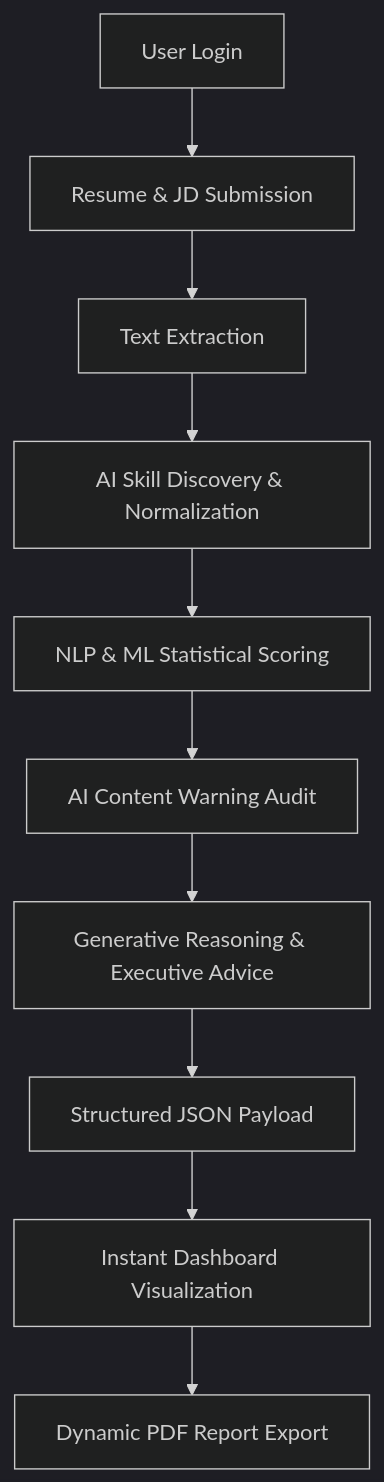
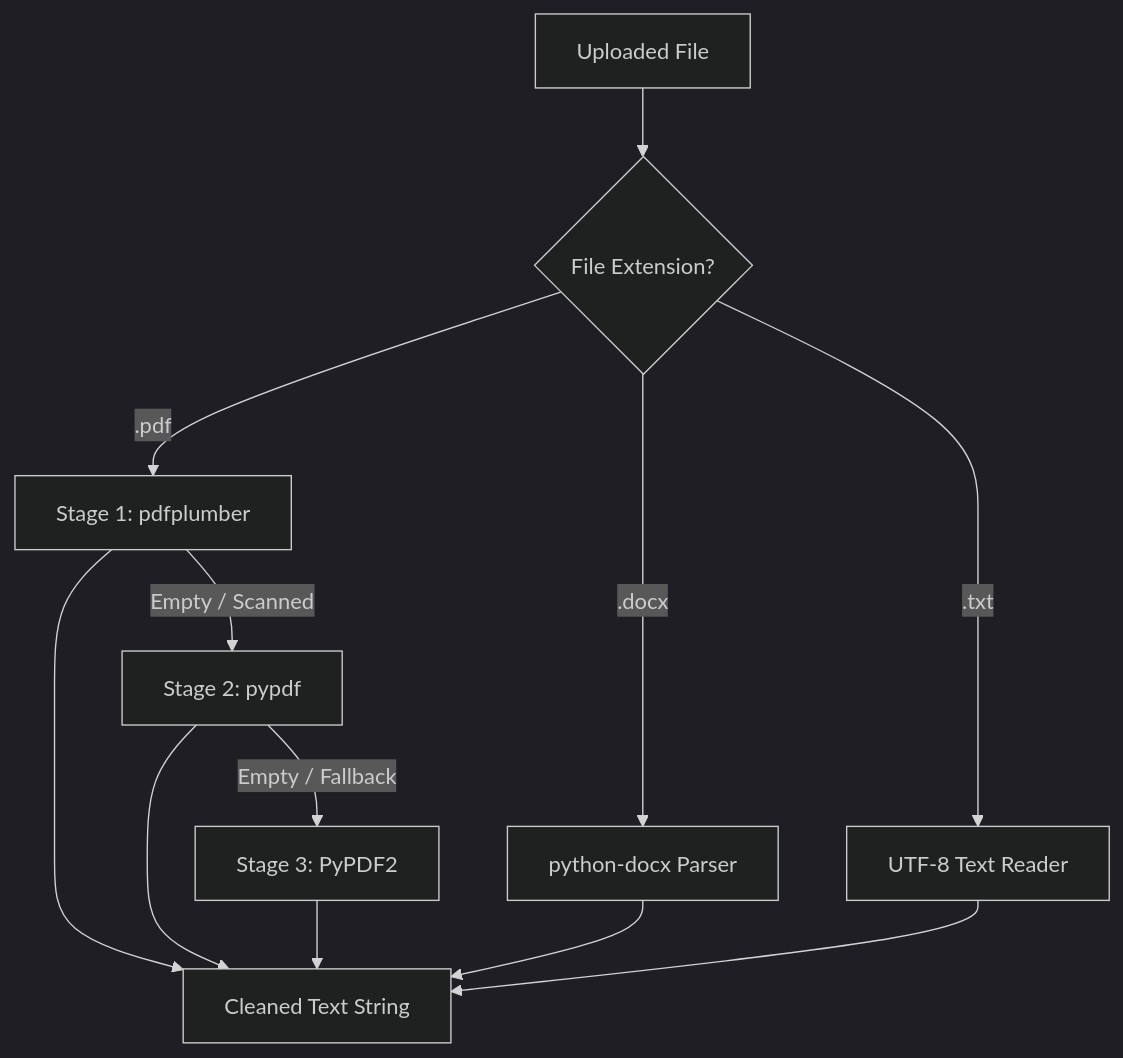
One commit to Kaifkhan1212/ResumeXAI2.0 changed the first of 2 diagrams in WORKFLOW.md. Above: the diagram before and after it, drawn with Mermaid (dark theme). The commit also changed other lines of this file and 12 other files, not shown here.

Commit message:
fix(pipeline): optimize LLM model to gpt-oss-20b, add 429 retry layer, multi-stage PDF parsing, and update docs

````diff
--- a/WORKFLOW.md
+++ b/WORKFLOW.md
@@ -96,12 +36,10 @@
 ```mermaid
-graph TD
-    A[User Login] --> B[Resume & JD Submission]
-    B --> C[Text Extraction]
-    C --> D[AI Skill Discovery & Normalization]
-    D --> E[NLP & ML Statistical Scoring]
-    E --> F[AI Content Warning Audit]
-    F --> G[Generative Reasoning & Executive Advice]
-    G --> H[Structured JSON Payload]
-    H --> I[Instant Dashboard Visualization]
-    I --> J[Dynamic PDF Report Export]
+flowchart TD
+    A[Uploaded File] --> B{File Extension?}
+    B -->|.pdf| C[Stage 1: pdfplumber]
+    C -->|Empty / Scanned| D[Stage 2: pypdf]
+    D -->|Empty / Fallback| E[Stage 3: PyPDF2]
+    B -->|.docx| F[python-docx Parser]
+    B -->|.txt| G[UTF-8 Text Reader]
+    C & D & E & F & G --> H[Cleaned Text String]
 ```
````
